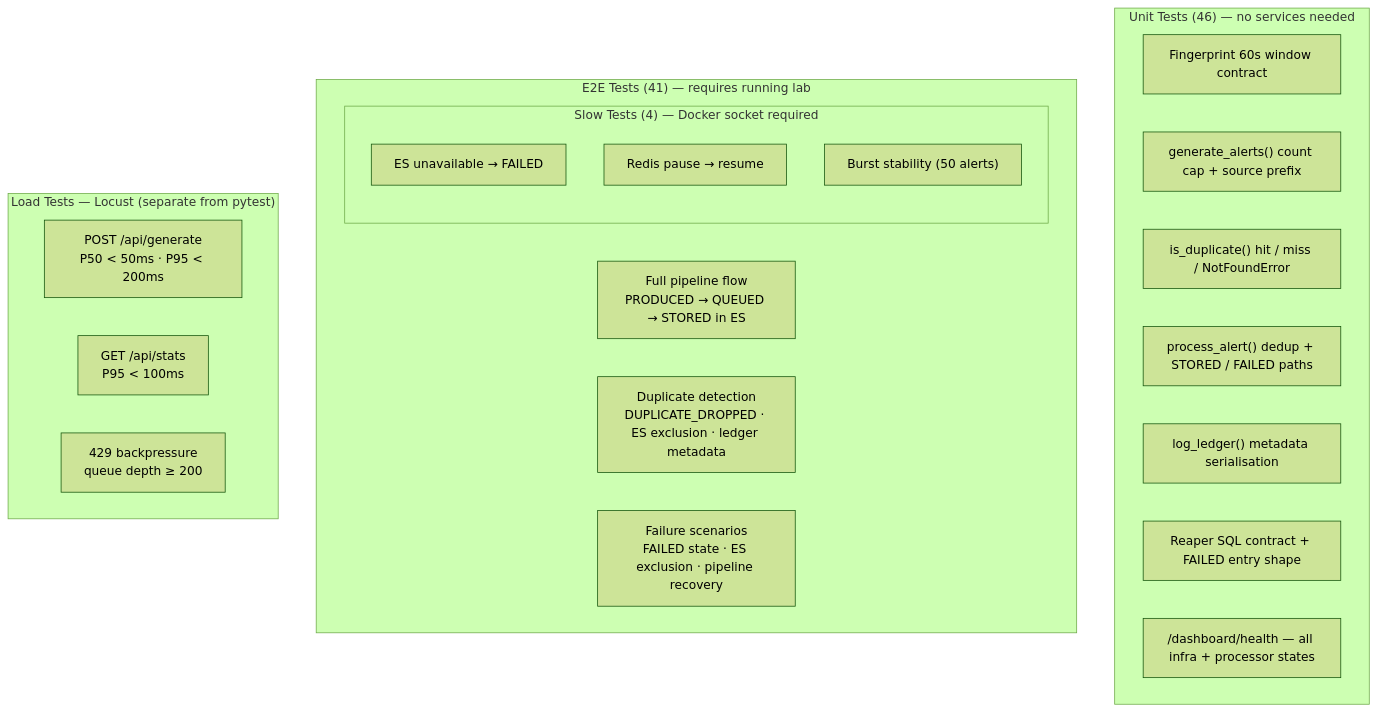
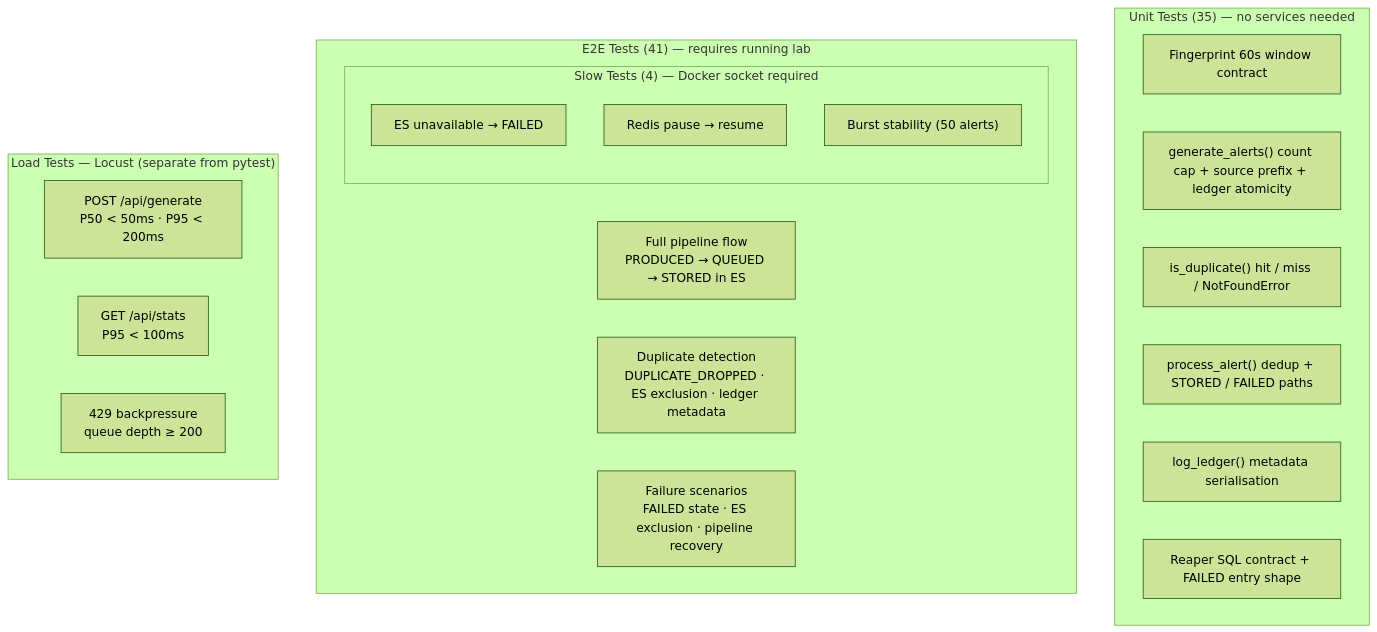
One commit to rahulgoel527/alert-pipeline-validation changed the third of 3 diagrams in README.md. Above: the diagram before and after it, drawn with Mermaid (forest theme). The commit also changed 2 other files, not shown here.

Commit message:
refactor(tests): trim test_unit_api — merge payload tests, add atomicity test; delete dashboard test file

````diff
--- a/README.md
+++ b/README.md
@@ -109,29 +109,28 @@
 ```mermaid
 flowchart TD
-    subgraph unit["Unit Tests (46) — no services needed"]
+    subgraph unit["Unit Tests (35) — no services needed"]
         U1["Fingerprint 60s window contract"]
-        U2["generate_alerts() count cap + source prefix"]
+        U2["generate_alerts() count cap + source prefix + ledger atomicity"]
         U3["is_duplicate() hit / miss / NotFoundError"]
         U4["process_alert() dedup + STORED / FAILED paths"]
         U5["log_ledger() metadata serialisation"]
         U6["Reaper SQL contract + FAILED entry shape"]
-        U7["/dashboard/health — all infra + processor states"]
     end
 
     subgraph e2e["E2E Tests (41) — requires running lab"]
         E1["Full pipeline flow\nPRODUCED → QUEUED → STORED in ES"]
         E2["Duplicate detection\nDUPLICATE_DROPPED · ES exclusion · ledger metadata"]
         E3["Failure scenarios\nFAILED state · ES exclusion · pipeline recovery"]
         subgraph slow["Slow Tests (4) — Docker socket required"]
             S1["ES unavailable → FAILED"]
             S2["Redis pause → resume"]
             S3["Burst stability (50 alerts)"]
         end
     end
 
     subgraph load["Load Tests — Locust (separate from pytest)"]
         L1["POST /api/generate\nP50 < 50ms · P95 < 200ms"]
         L2["GET /api/stats\nP95 < 100ms"]
         L3["429 backpressure\nqueue depth ≥ 200"]
     end
 ```
````
